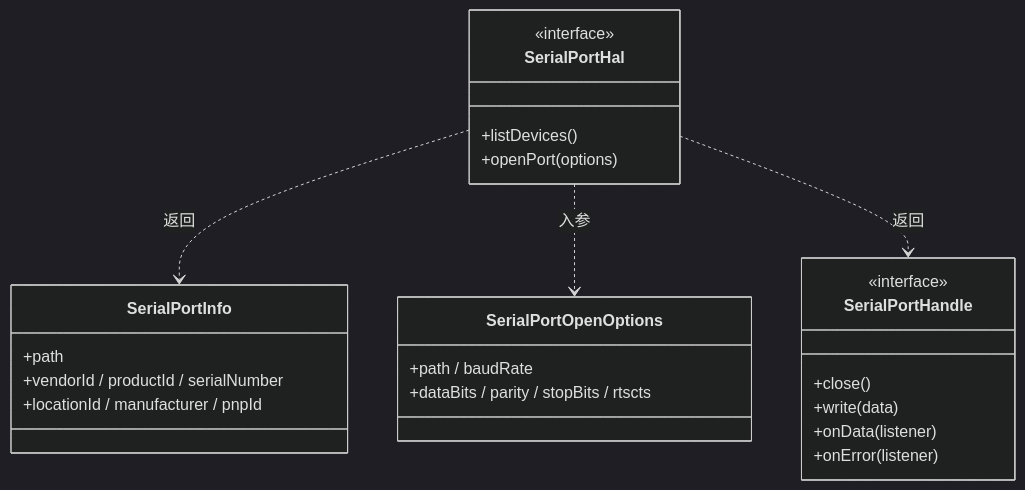
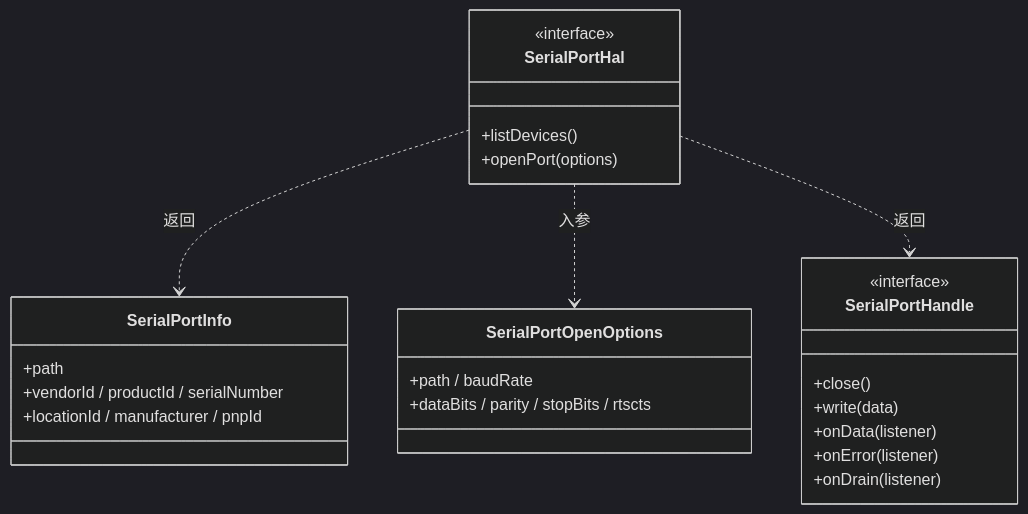
One commit to ziqiang-zhu/vscode-serial-port-terminal changed the diagram in doc/Hal/SerialPortHal设计.md. Above: the diagram before and after it, drawn with Mermaid (dark theme). The commit also changed 14 other files, not shown here.

````diff
--- a/doc/Hal/SerialPortHal设计.md
+++ b/doc/Hal/SerialPortHal设计.md
@@ -79,27 +79,28 @@
 ```mermaid
 classDiagram
     class SerialPortHal {
         <<interface>>
         +listDevices()
         +openPort(options)
     }
     class SerialPortInfo {
         +path
         +vendorId / productId / serialNumber
         +locationId / manufacturer / pnpId
     }
     class SerialPortOpenOptions {
         +path / baudRate
         +dataBits / parity / stopBits / rtscts
     }
     class SerialPortHandle {
         <<interface>>
         +close()
         +write(data)
         +onData(listener)
         +onError(listener)
+        +onDrain(listener)
     }
     SerialPortHal ..> SerialPortInfo : 返回
     SerialPortHal ..> SerialPortOpenOptions : 入参
     SerialPortHal ..> SerialPortHandle : 返回
 ```
````
